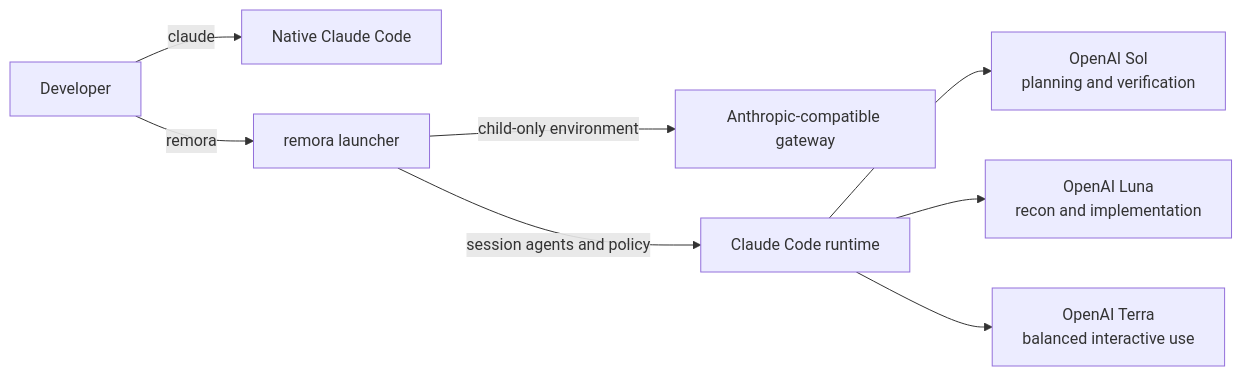
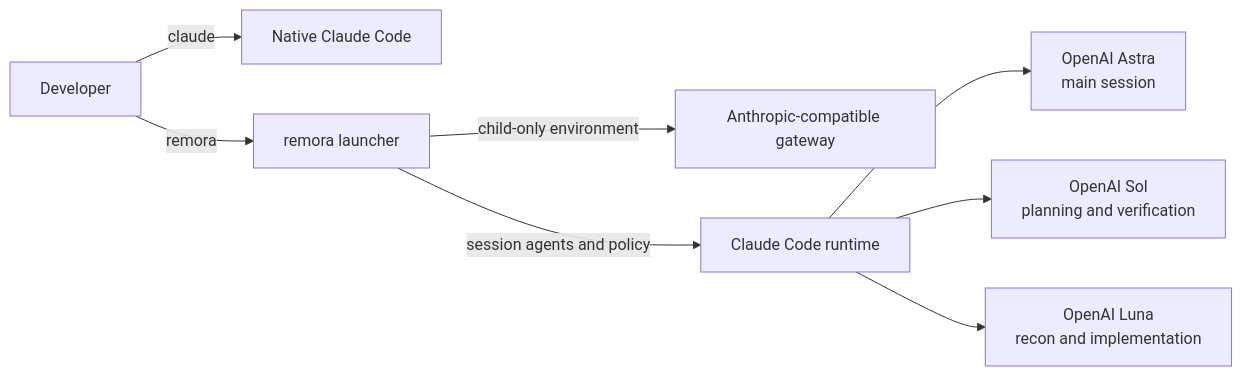
The diagram in README.md (Nanako0129/remora-cc), drawn with Mermaid before and after one commit. The commit also changed other lines of this file and 20 other files, not shown here.

````diff
--- a/README.md
+++ b/README.md
@@ -66,13 +67,13 @@
 ```mermaid
 flowchart LR
     USER["Developer"] -->|claude| NATIVE["Native Claude Code"]
     USER -->|remora| LAUNCHER["remora launcher"]
     LAUNCHER -->|child-only environment| GATEWAY["Anthropic-compatible gateway"]
     LAUNCHER -->|session agents and policy| RUNTIME["Claude Code runtime"]
+    RUNTIME --> ASTRA["OpenAI Astra
+    main session"]
     RUNTIME --> SOL["OpenAI Sol
 planning and verification"]
     RUNTIME --> LUNA["OpenAI Luna
 recon and implementation"]
-    RUNTIME --> TERRA["OpenAI Terra
-balanced interactive use"]
 ```
````
